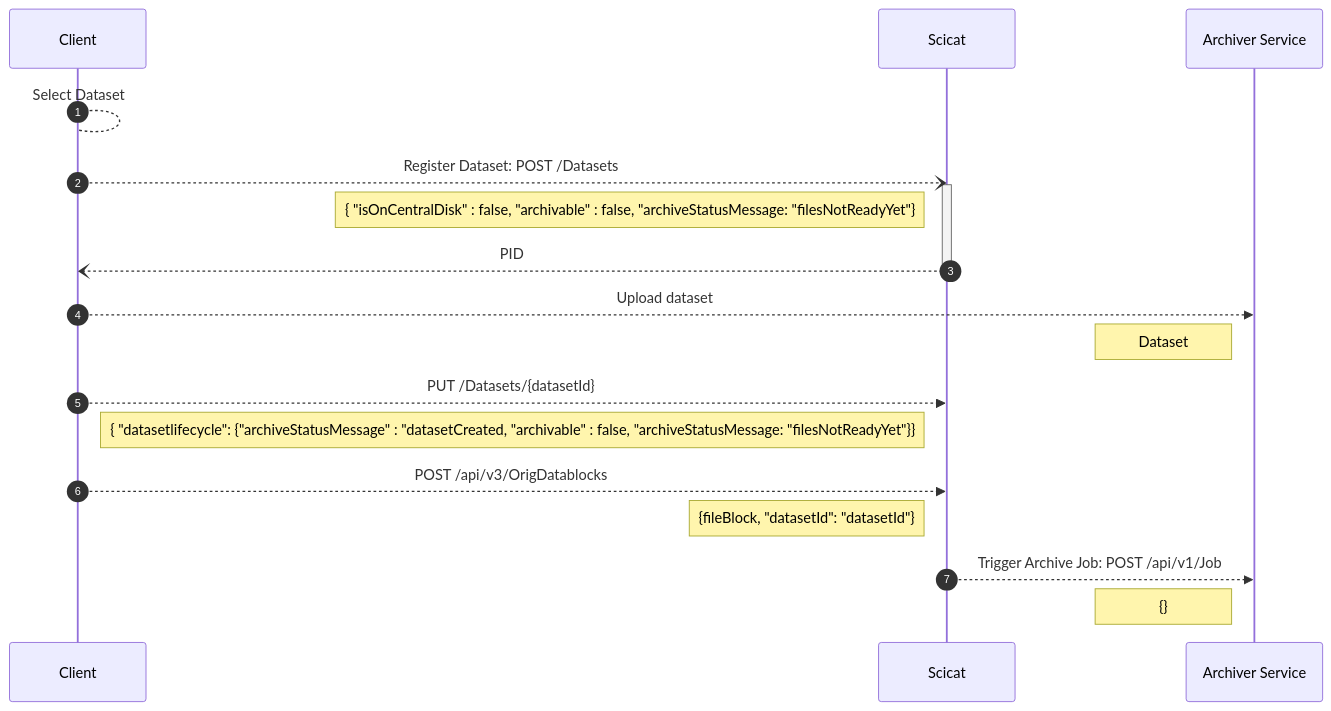
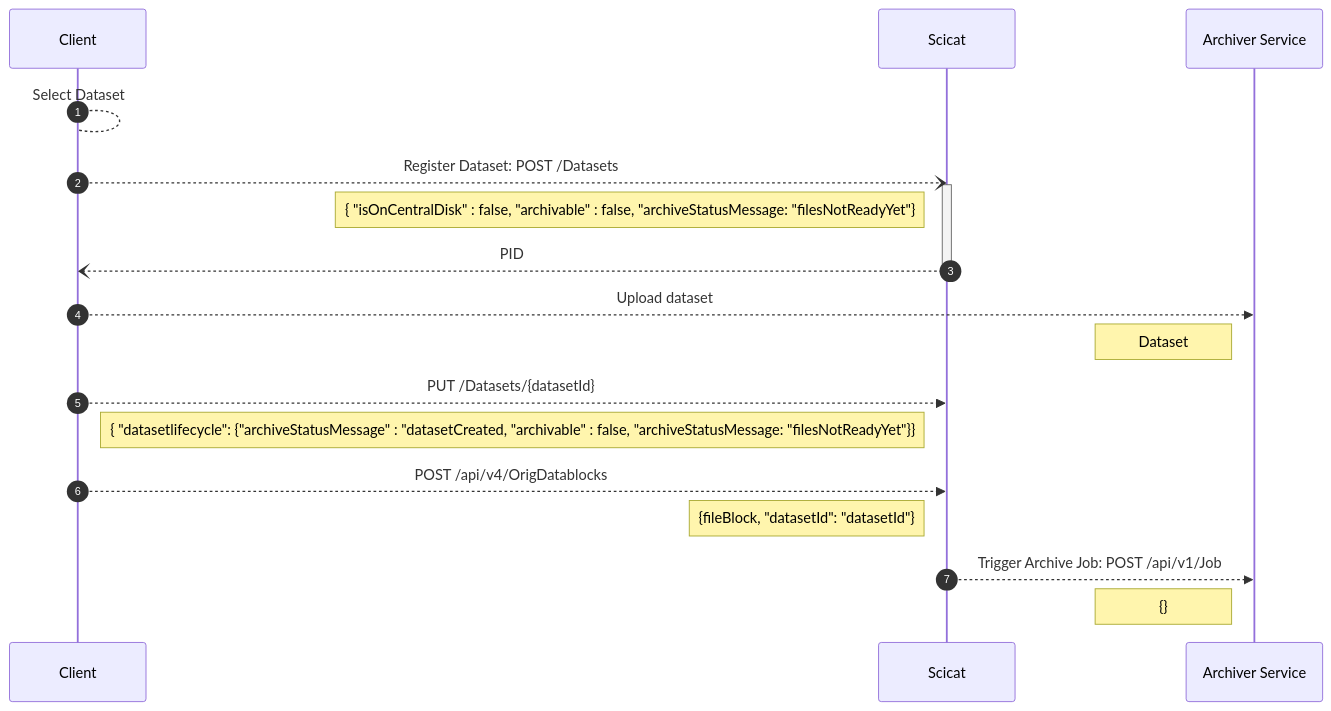
One commit to SwissOpenEM/ScopeMArchiver changed the first of 3 diagrams in backend/archiver/readMe.md. Above: the diagram before and after it, drawn with Mermaid. The commit also changed other lines of this file, not shown here.

Commit message:
Update job sequence diagrams

````diff
--- a/backend/archiver/readMe.md
+++ b/backend/archiver/readMe.md
@@ -5,23 +5,23 @@
 ```mermaid
 sequenceDiagram
   autonumber
   participant C as Client
   participant S as Scicat
   participant A as Archiver Service
 
     C --> C: Select Dataset
     C --) S: Register Dataset: POST /Datasets
    activate S 
       Note left of S: { "isOnCentralDisk" : false, "archivable" : false, "archiveStatusMessage: "filesNotReadyYet"}
       S --) C: PID
    deactivate S
     C -->> A: Upload dataset
       Note left of A: Dataset
     C -->> S: PUT /Datasets/{datasetId}
       Note left of S: { "datasetlifecycle": {"archiveStatusMessage" : "datasetCreated, "archivable" : false, "archiveStatusMessage: "filesNotReadyYet"}}
-    C -->> S: POST /api/v3/OrigDatablocks
+    C -->> S: POST /api/v4/OrigDatablocks
       Note left of S: {fileBlock, "datasetId": "datasetId"}
     S -->> A: Trigger Archive Job: POST /api/v1/Job
       Note left of A: {}
 
 ```
````
